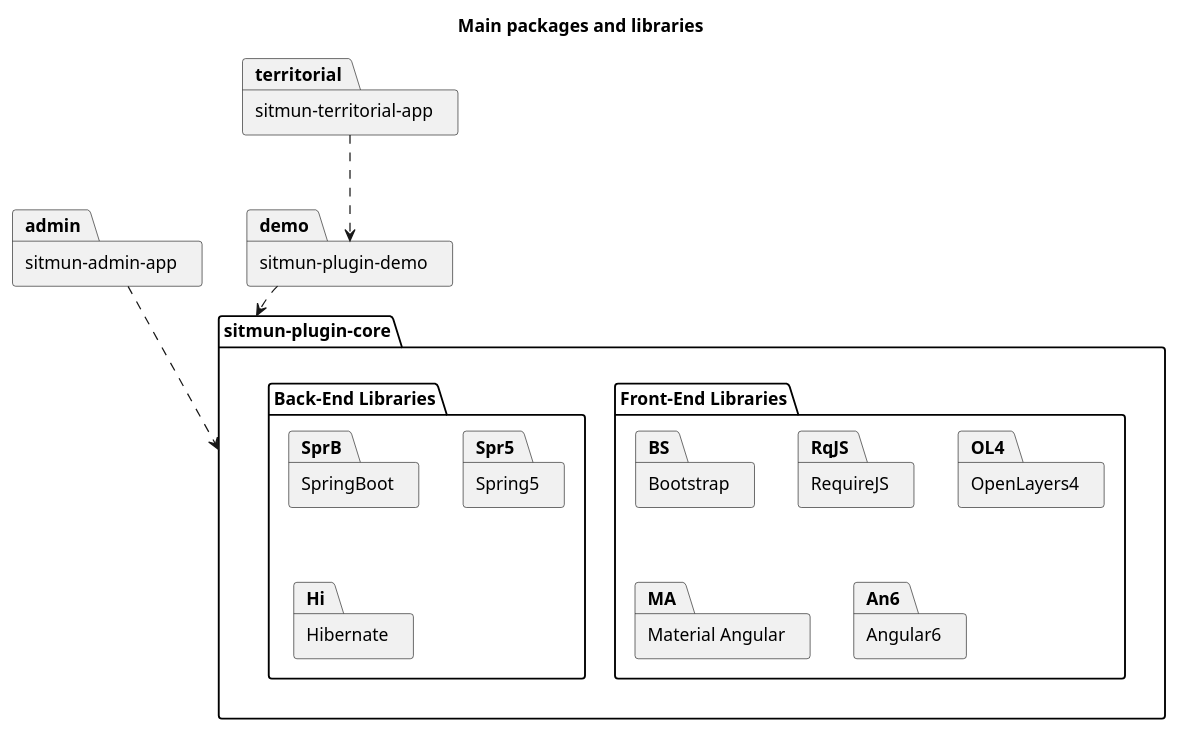
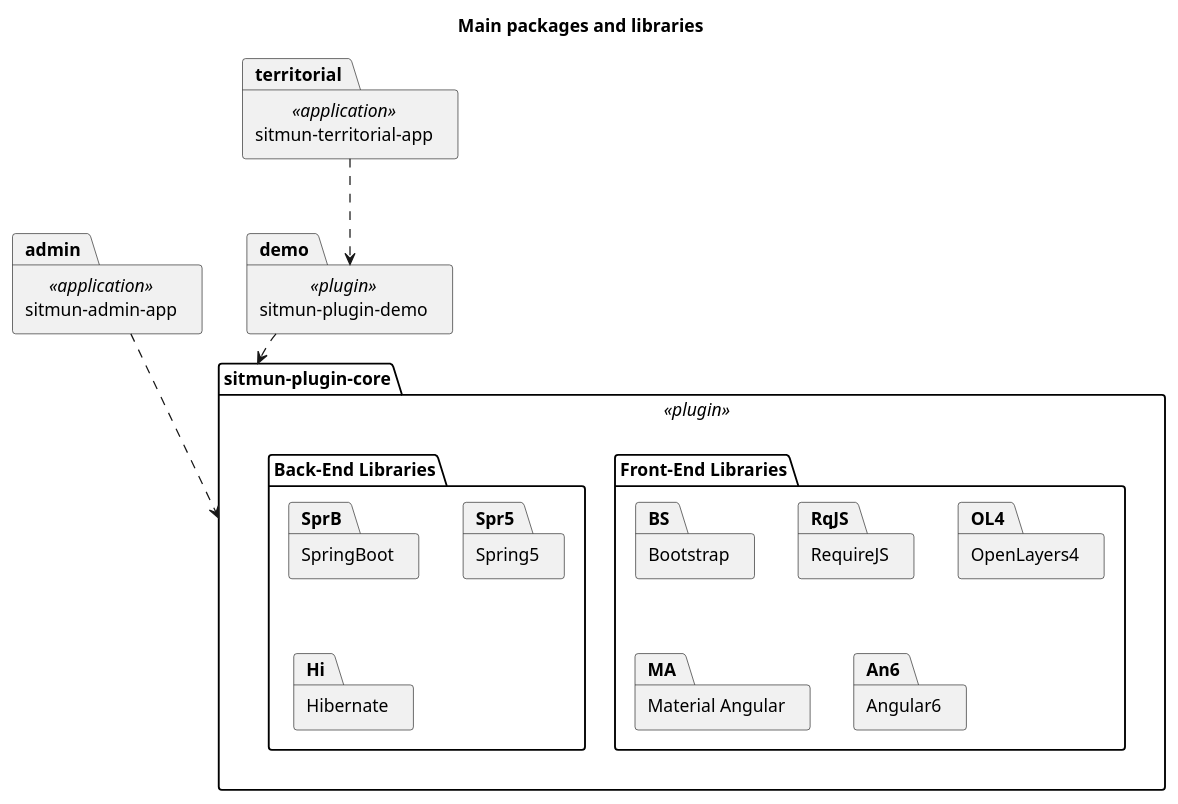
The diagram in doc/main-packages-and-libraries.puml (sitmun/community), drawn with PlantUML before and after one commit.

Commit message:
Added plugin and application stereotypes

```diff
--- a/doc/main-packages-and-libraries.puml
+++ b/doc/main-packages-and-libraries.puml
@@ -1,38 +1,38 @@
 @startuml
 
 skinparam componentStyle uml2
 
 title Main packages and libraries
 
-package "sitmun-admin-app" as admin {
+package "sitmun-admin-app" as admin <<application>> {
 }
 
-package "sitmun-territorial-app" as territorial {
+package "sitmun-territorial-app" as territorial <<application>> {
 }
 
 
-package "sitmun-plugin-demo" as demo {
+package "sitmun-plugin-demo" as demo <<plugin>> {
 
 }
 
-package "sitmun-plugin-core" as core {
+package "sitmun-plugin-core" as core <<plugin>> {
     package "Front-End Libraries" {
         package "Bootstrap" as BS
         package "RequireJS" as RqJS
         package "OpenLayers4" as OL4
         package "Material Angular" as MA
         package "Angular6" as An6
     }
     package "Back-End Libraries" {
         package "SpringBoot" as SprB
         package "Spring5" as Spr5
         package "Hibernate" as Hi
     }
 } 
 
 
 admin ..> core
 territorial ..> demo
 demo ..> core
 
 @enduml
```
